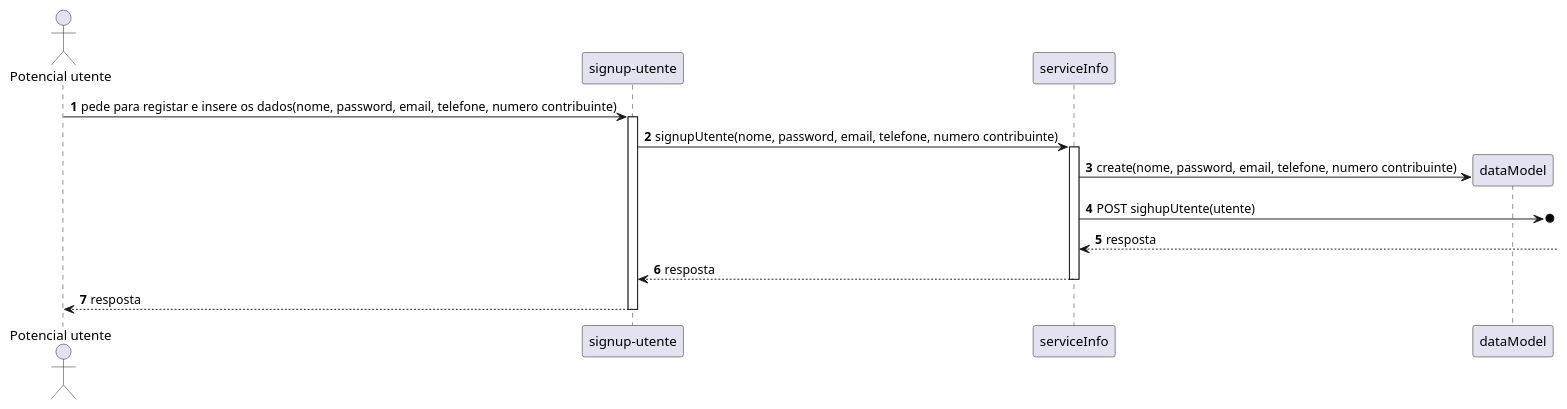
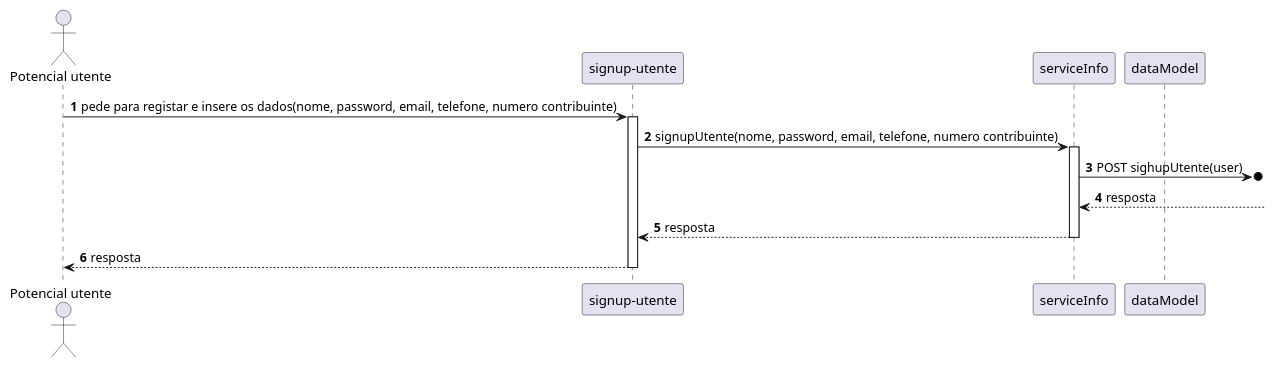
Before and after one commit to SEM5PI2324G58/sem5pi_g58_23_24: the diagram in docs/Sprint_C/US_20/US_20.1/N3/N3_VP.puml, drawn with PlantUML. The commit also changed 2 other files, not shown here.

```diff
--- a/docs/Sprint_C/US_20/US_20.1/N3/N3_VP.puml
+++ b/docs/Sprint_C/US_20/US_20.1/N3/N3_VP.puml
@@ -1,17 +1,16 @@
 autonumber
 
 actor "Potencial utente" as ator
 participant "signup-utente" as component
 participant "serviceInfo" as serviceInfo
 participant "dataModel" as dataModel
 
 
 ator -> component: pede para registar e insere os dados(nome, password, email, telefone, numero contribuinte)
 activate component
 component -> serviceInfo: signupUtente(nome, password, email, telefone, numero contribuinte)
 activate serviceInfo
-serviceInfo -> dataModel **: create(nome, password, email, telefone, numero contribuinte)
-serviceInfo ->o]: POST sighupUtente(utente)
+serviceInfo ->o]: POST sighupUtente(user)
 serviceInfo<-- : resposta
 return resposta
 return resposta
```
